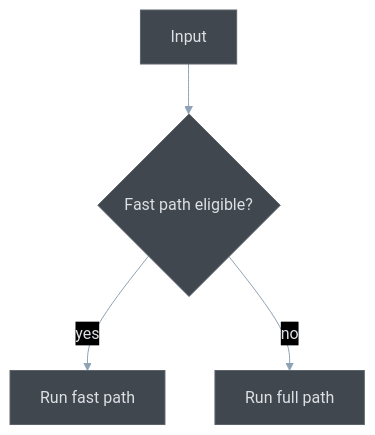
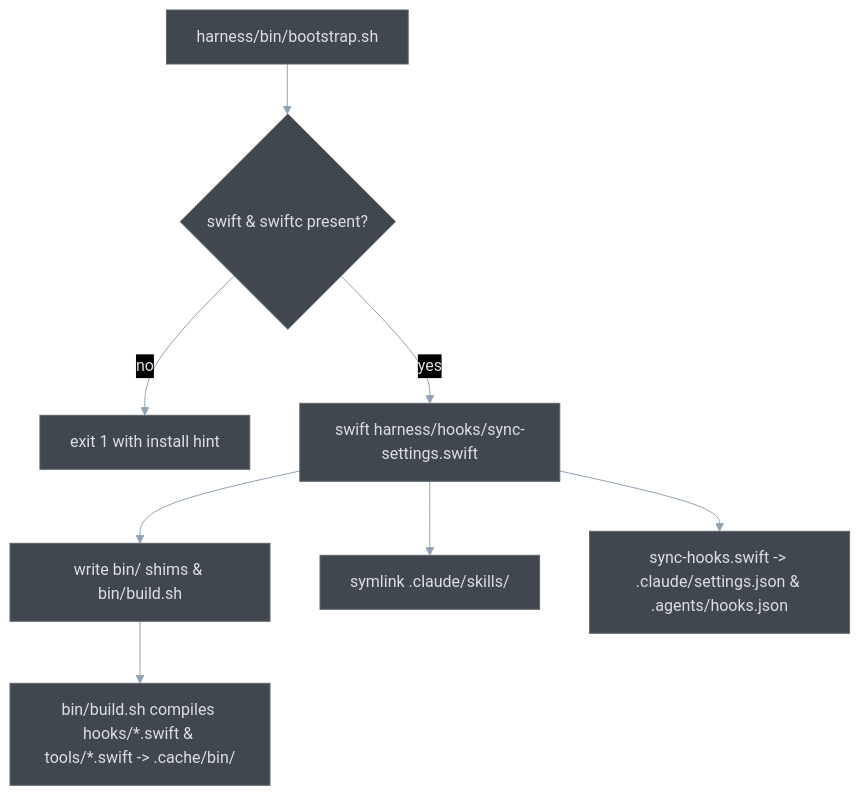
The second of 2 diagrams in .agents/codebase/LIFECYCLE.md (annimvs/HolonStack), drawn with Mermaid before and after one commit. The commit also changed other lines of this file and 33 other files, not shown here.

````diff
--- a/.agents/codebase/LIFECYCLE.md
+++ b/.agents/codebase/LIFECYCLE.md
@@ -30,7 +34,11 @@
 ```mermaid
 %%{init: {"theme":"base","themeVariables":{"darkMode":true,"background":"#363B40","primaryColor":"#41474E","primaryTextColor":"#DCDFE4","primaryBorderColor":"#5C646D","lineColor":"#8FA2B5","textColor":"#B8BFC6"},"flowchart":{"curve":"basis"}}}%%
 flowchart TB
-    input["Input"] --> check{"Fast path eligible?"}
-    check -- "yes" --> fast["Run fast path"]
-    check -- "no" --> full["Run full path"]
+    boot["harness/bin/bootstrap.sh"] --> swift{"swift &amp; swiftc present?"}
+    swift -- "no" --> fail["exit 1 with install hint"]
+    swift -- "yes" --> sync["swift harness/hooks/sync-settings.swift"]
+    sync --> shims["write bin/<name> shims &amp; bin/build.sh"]
+    sync --> skills["symlink .claude/skills/<name>"]
+    sync --> hooks["sync-hooks.swift -> .claude/settings.json &amp; .agents/hooks.json"]
+    shims --> build["bin/build.sh compiles hooks/*.swift &amp; tools/*.swift -> .cache/bin/"]
 ```
````
